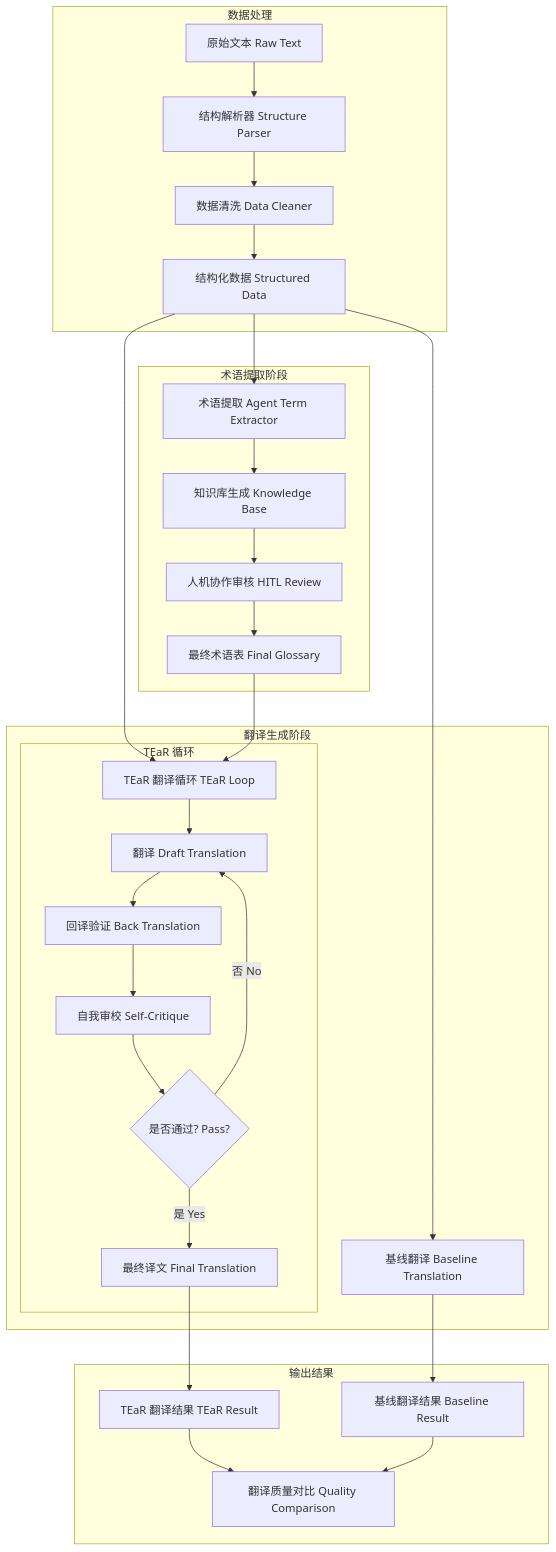
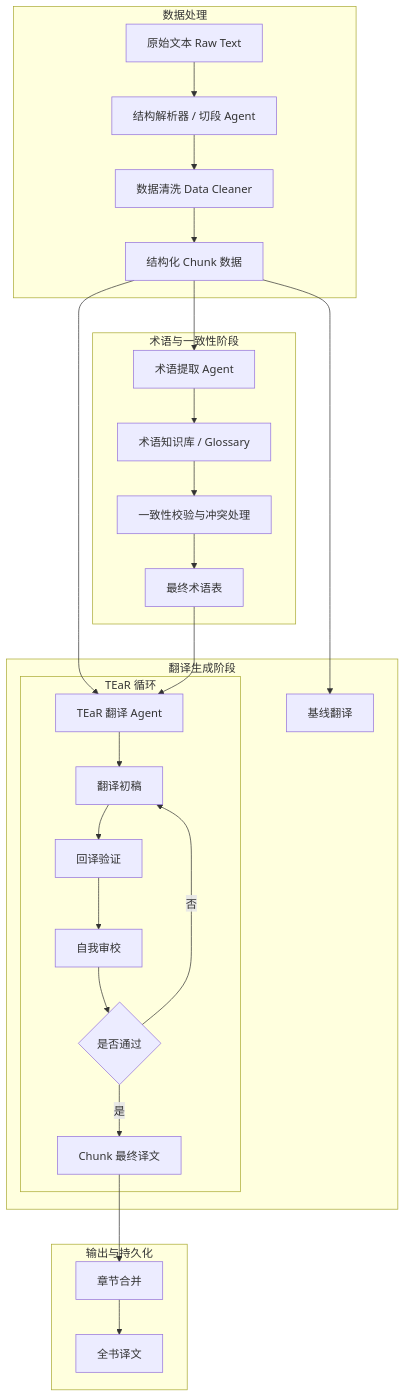
The first of 2 diagrams in 项目报告.md (Qmeiyi/TranslationAgent), drawn with Mermaid before and after one commit. The commit also changed other lines of this file and 12 other files, not shown here.

````diff
--- a/项目报告.md
+++ b/项目报告.md
@@ -19,38 +23,36 @@
 ```mermaid
 flowchart TD
     subgraph 数据处理
-        A[原始文本 Raw Text] --> B[结构解析器 Structure Parser]
+        A[原始文本 Raw Text] --> B[结构解析器 / 切段 Agent]
         B --> C[数据清洗 Data Cleaner]
-        C --> D[结构化数据 Structured Data]
+        C --> D[结构化 Chunk 数据]
     end
     
-    subgraph 术语提取阶段
-        D --> E[术语提取 Agent Term Extractor]
-        E --> F[知识库生成 Knowledge Base]
-        F --> G[人机协作审核 HITL Review]
-        G --> H[最终术语表 Final Glossary]
+    subgraph 术语与一致性阶段
+        D --> E[术语提取 Agent]
+        E --> F[术语知识库 / Glossary]
+        F --> G[一致性校验与冲突处理]
+        G --> H[最终术语表]
     end
     
     subgraph 翻译生成阶段
-        D --> I[TEaR 翻译循环 TEaR Loop]
+        D --> I[TEaR 翻译 Agent]
         H --> I
         
         subgraph TEaR 循环
-            I --> J[翻译 Draft Translation]
-            J --> K[回译验证 Back Translation]
-            K --> L[自我审校 Self-Critique]
-            L --> M{是否通过? Pass?}
-            M -->|否 No| J
-            M -->|是 Yes| N[最终译文 Final Translation]
+            I --> J[翻译初稿]
+            J --> K[回译验证]
+            K --> L[自我审校]
+            L --> M{是否通过}
+            M -->|否| J
+            M -->|是| N[Chunk 最终译文]
         end
         
-        D --> O[基线翻译 Baseline Translation]
+        D --> O[基线翻译]
     end
     
-    subgraph 输出结果
-        N --> P[TEaR 翻译结果 TEaR Result]
-        O --> Q[基线翻译结果 Baseline Result]
-        P --> R[翻译质量对比 Quality Comparison]
-        Q --> R
+    subgraph 输出与持久化
+        N --> P[章节合并]
+        P --> Q[全书译文]
     end
 ```
````
